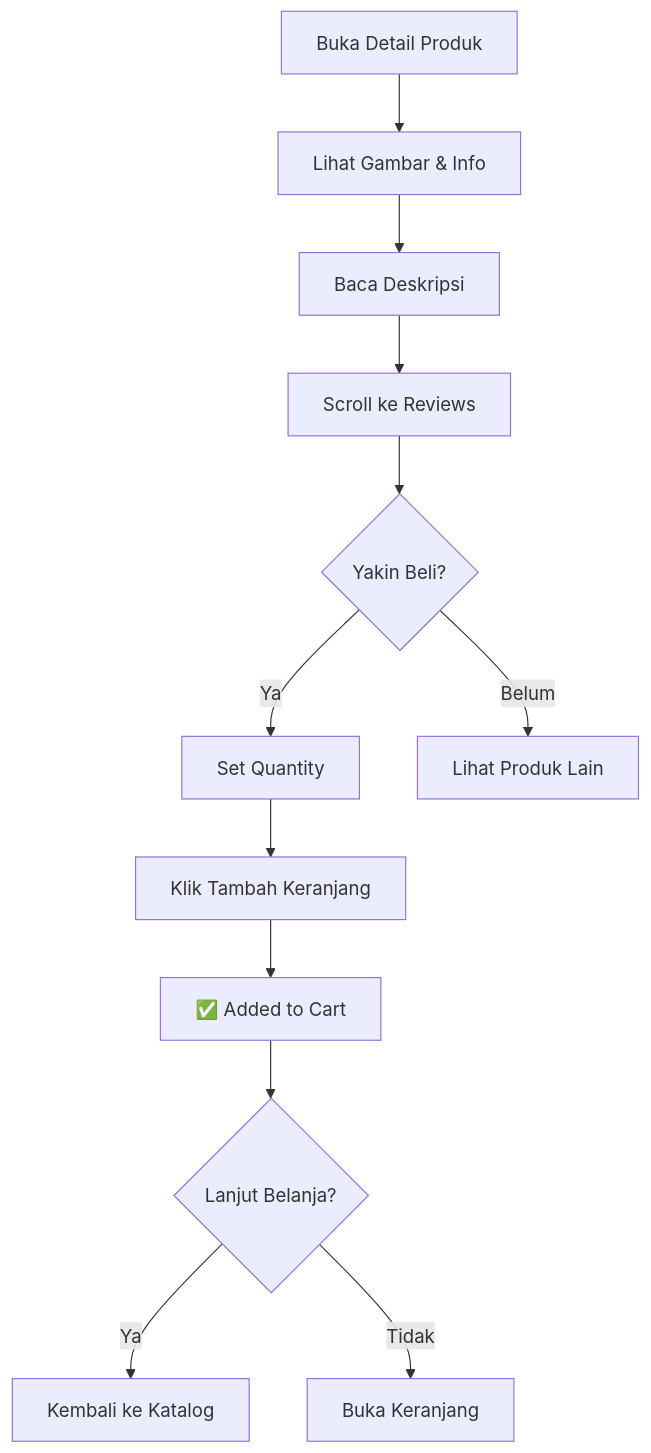
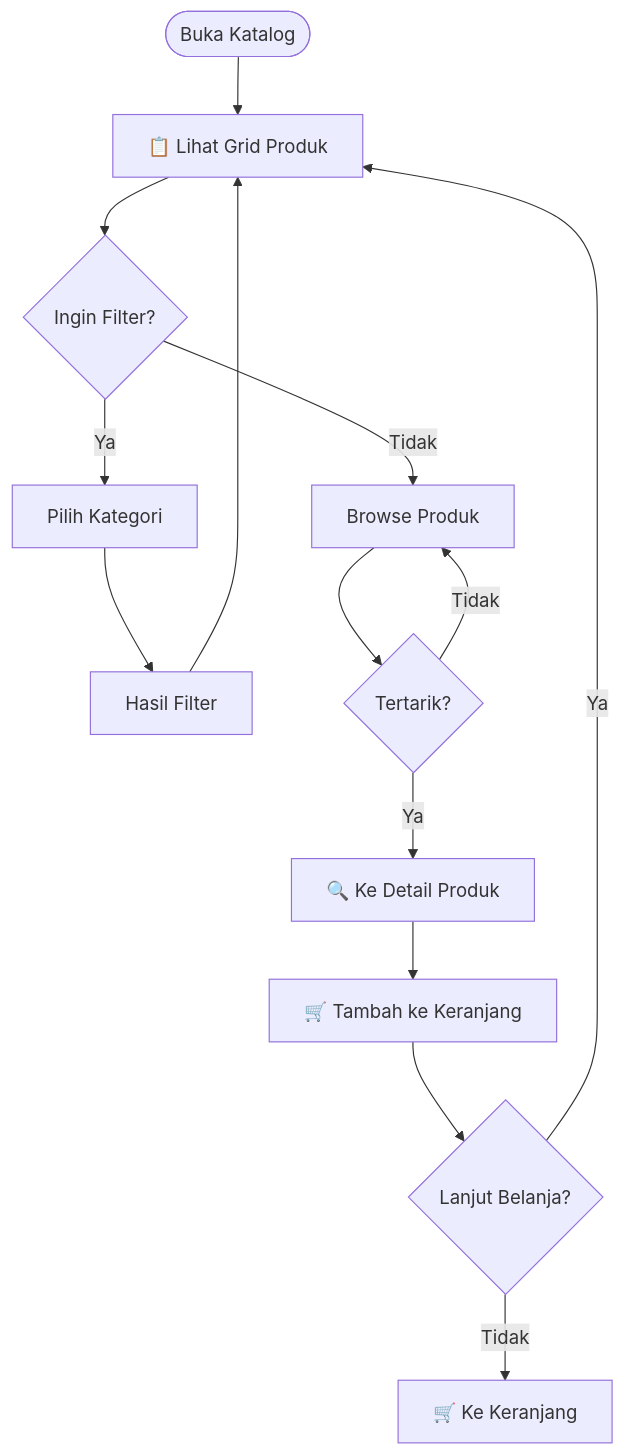
The third of 8 diagrams in docs/PUBLIC_PAGES_GUIDE.md (mustarisyahding07-spec/WEBSITE_SKRIPSI_MUSTARI), drawn with Mermaid before and after one commit. The commit also changed other lines of this file and 7 other files, not shown here.

````diff
--- a/docs/PUBLIC_PAGES_GUIDE.md
+++ b/docs/PUBLIC_PAGES_GUIDE.md
@@ -161,14 +138,21 @@
 ```mermaid
 flowchart TD
-    A["Buka Detail Produk"] --> B["Lihat Gambar & Info"]
-    B --> C["Baca Deskripsi"]
-    C --> D["Scroll ke Reviews"]
-    D --> E{"Yakin Beli?"}
-    E -->|Ya| F["Set Quantity"]
-    F --> G["Klik Tambah Keranjang"]
-    G --> H["✅ Added to Cart"]
-    H --> I{"Lanjut Belanja?"}
-    I -->|Ya| J["Kembali ke Katalog"]
-    I -->|Tidak| K["Buka Keranjang"]
-    E -->|Belum| L["Lihat Produk Lain"]
+    Start([Buka Katalog]) --> List[📋 Lihat Grid Produk]
+    List --> Filter{Ingin Filter?}
+    
+    Filter -->|Ya| SelectCat[Pilih Kategori]
+    SelectCat --> FilterResult[Hasil Filter]
+    FilterResult --> List
+    
+    Filter -->|Tidak| Browse[Browse Produk]
+    Browse --> Click{Tertarik?}
+    
+    Click -->|Ya| Detail[🔍 Ke Detail Produk]
+    Click -->|Tidak| Browse
+    
+    Detail --> AddCart[🛒 Tambah ke Keranjang]
+    AddCart --> Continue{Lanjut Belanja?}
+    
+    Continue -->|Ya| List
+    Continue -->|Tidak| Cart[🛒 Ke Keranjang]
 ```
````
